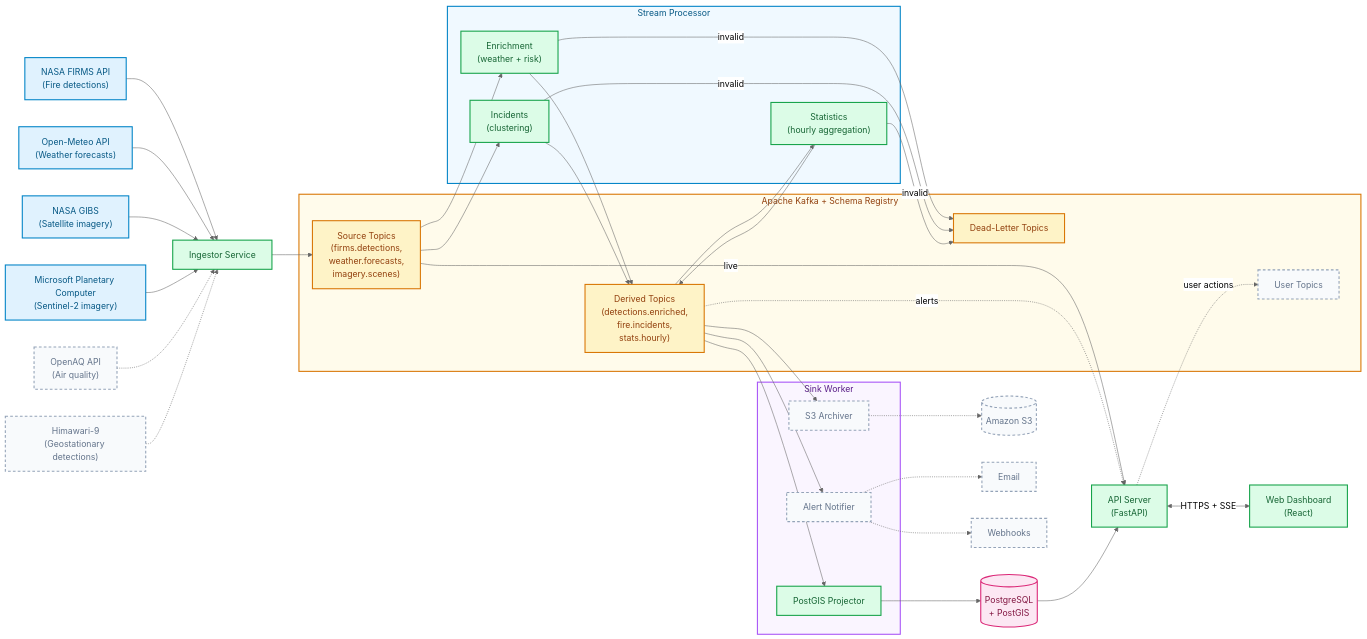
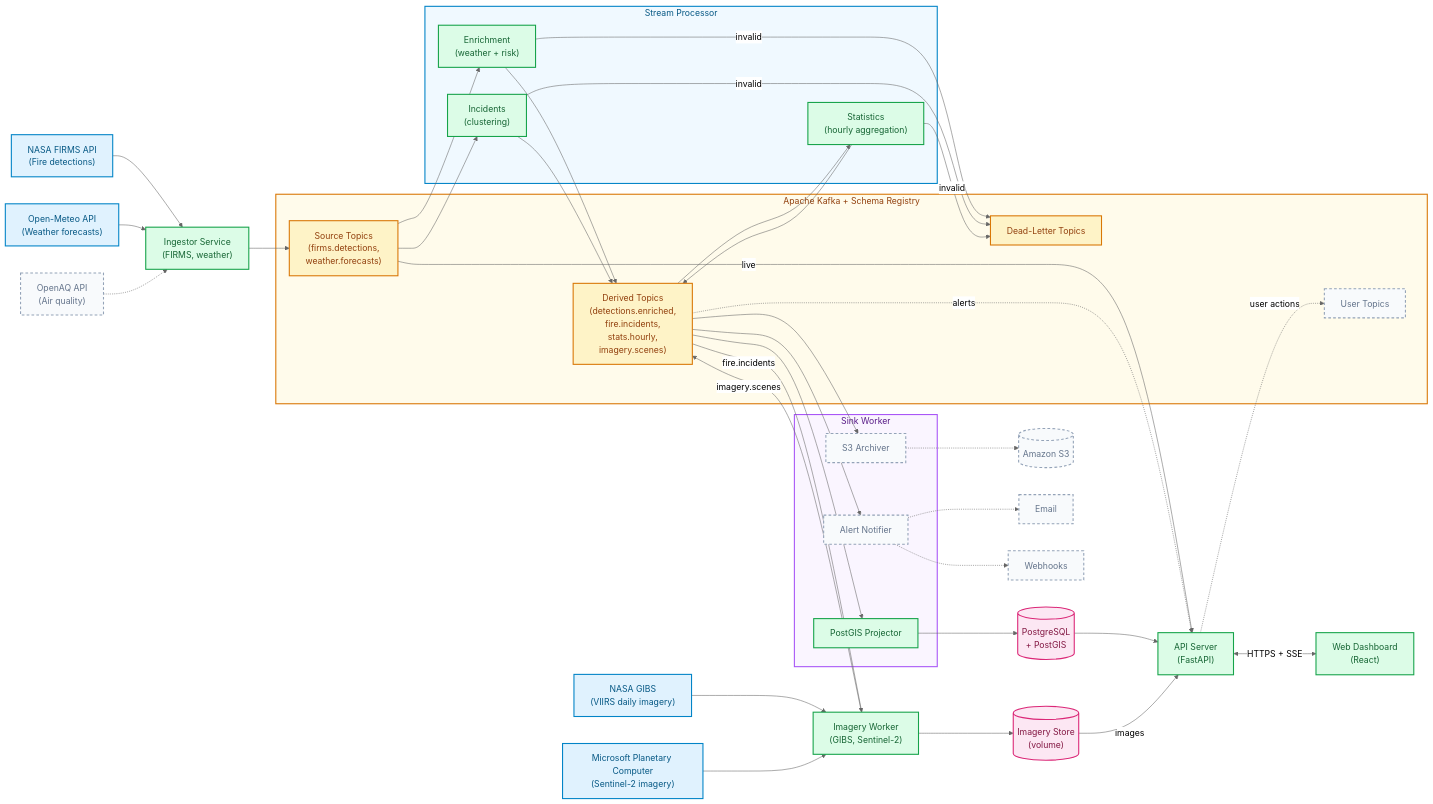
One commit to marcparaira/wildfire-intelligence-platform changed the diagram in README.md. Above: the diagram before and after it, drawn with Mermaid (neutral theme). The commit also changed other lines of this file and 45 other files, not shown here.

````diff
--- a/README.md
+++ b/README.md
@@ -18,22 +11,22 @@
 ```mermaid
 flowchart LR
+    %% Layout: left to right in the order data flows. Nodes are declared next to
+    %% the nodes they connect to, which keeps crossing edges down.
+
     %% External Sources (Implemented)
     FIRMS["NASA FIRMS API<br/>(Fire detections)"]
     METEO["Open-Meteo API<br/>(Weather forecasts)"]
 
     %% External Sources (Planned)
     OPENAQ["OpenAQ API<br/>(Air quality)"]
-    GIBS["NASA GIBS<br/>(Satellite imagery)"]
-    PC["Microsoft Planetary Computer<br/>(Sentinel-2 imagery)"]
-    HIMAWARI["Himawari-9<br/>(Geostationary detections)"]
 
     %% Ingestor Service
-    ING["Ingestor Service"]
+    ING["Ingestor Service<br/>(FIRMS, weather)"]
 
-    %% Apache Kafka (Compact)
+    %% Apache Kafka (imagery.scenes counts as derived: it is built from fire.incidents)
     subgraph KAFKA["Apache Kafka + Schema Registry"]
-        T_SRC["Source Topics<br/>(firms.detections,<br/>weather.forecasts,<br/>imagery.scenes)"]
-        T_DER["Derived Topics<br/>(detections.enriched,<br/>fire.incidents,<br/>stats.hourly)"]
+        T_SRC["Source Topics<br/>(firms.detections,<br/>weather.forecasts)"]
+        T_DER["Derived Topics<br/>(detections.enriched,<br/>fire.incidents,<br/>stats.hourly,<br/>imagery.scenes)"]
         T_USER["User Topics"]
         T_DLQ["Dead-Letter Topics"]
     end
@@ -45,74 +38,71 @@
         S_STATS["Statistics<br/>(hourly aggregation)"]
     end
 
-    %% Sink Worker Service
+    %% Sink Worker Service (declared before the imagery worker, so it is drawn above it)
     subgraph WORKER["Sink Worker"]
         W_DB["PostGIS Projector"]
         W_S3["S3 Archiver"]
         W_ALERT["Alert Notifier"]
     end
 
+    %% Imagery Worker and its sources (shares packages/producers with the ingestor)
+    GIBS["NASA GIBS<br/>(VIIRS daily imagery)"]
+    PC["Microsoft Planetary Computer<br/>(Sentinel-2 imagery)"]
+    IMG["Imagery Worker<br/>(GIBS, Sentinel-2)"]
+
     %% Data Storage & Destinations
     DB[("PostgreSQL<br/>+ PostGIS")]
     S3[("Amazon S3")]
     EMAIL["Email"]
     WEBHOOK["Webhooks"]
+    STORE[("Imagery Store<br/>(volume)")]
 
     %% API & Frontend
     API["API Server<br/>(FastAPI)"]
     UI["Web Dashboard<br/>(React)"]
 
-    %% Main flows: Sources to Ingestor
+    %% Sources to Ingestor to Kafka
     FIRMS --> ING
     METEO --> ING
-    GIBS --> ING
-    PC --> ING
     OPENAQ -.-> ING
-    HIMAWARI -.-> ING
-
-    %% Ingestor to Kafka Source Topics
     ING --> T_SRC
 
-    %% Stream Processor: Source Topics to Jobs (both Enrichment and Incidents in parallel)
+    %% Stream Processor: source topics in, derived topics out
     T_SRC --> S_ENRICH
     T_SRC --> S_INC
-
-    %% Stream Processor: Enrichment output to Derived Topics
     S_ENRICH --> T_DER
-
-    %% Stream Processor: Incidents output to Derived Topics
     S_INC --> T_DER
-
-    %% Stream Processor: Statistics reads from Derived (Enriched), outputs to Derived
     T_DER --> S_STATS
     S_STATS --> T_DER
-
-    %% Error handling
     S_ENRICH -->|invalid| T_DLQ
     S_INC -->|invalid| T_DLQ
     S_STATS -->|invalid| T_DLQ
 
-    %% Sink Worker: Derived Topics to Storage
+    %% Sink Worker: derived topics to storage
     T_DER --> W_DB
     T_DER --> W_S3
     T_DER --> W_ALERT
-
-    %% Storage destinations
     W_DB --> DB
     W_S3 -.-> S3
     W_ALERT -.-> EMAIL
     W_ALERT -.-> WEBHOOK
 
-    %% API: Database and Kafka
+    %% Imagery Worker: incidents in; images to the store, scene metadata back to Kafka
+    T_DER -->|fire.incidents| IMG
+    GIBS --> IMG
+    PC --> IMG
+    IMG -->|imagery.scenes| T_DER
+    IMG --> STORE
+
+    %% API: database, imagery store, and the live stream
     DB --> API
+    STORE -->|images| API
     T_SRC -->|live| API
-
-    %% Planned: User topics and alerts
-    API -.->|user actions| T_USER
     T_DER -.->|alerts| API
 
-    %% Frontend
+    %% Frontend and planned user actions
     API <-->|HTTPS + SSE| UI
+    API -.->|user actions| T_USER
 
     %% Styling
     classDef done fill:#dcfce7,stroke:#16a34a,stroke-width:2px,color:#166534
@@ -122,16 +112,15 @@
     classDef storage fill:#fce7f3,stroke:#db2777,stroke-width:2px,color:#831843
 
     class FIRMS,METEO,GIBS,PC external
-    class ING done
+    class ING,IMG done
     class T_SRC,T_DER,T_DLQ streaming
-    class DB storage
+    class DB,STORE storage
     class S_ENRICH,S_INC,S_STATS done
     class W_DB done
     class API,UI done
 
-    class OPENAQ,HIMAWARI planned
+    class OPENAQ planned
     class T_USER planned
-    class S_ALERT planned
     class S3,EMAIL,WEBHOOK planned
     class W_S3,W_ALERT planned
 
````
